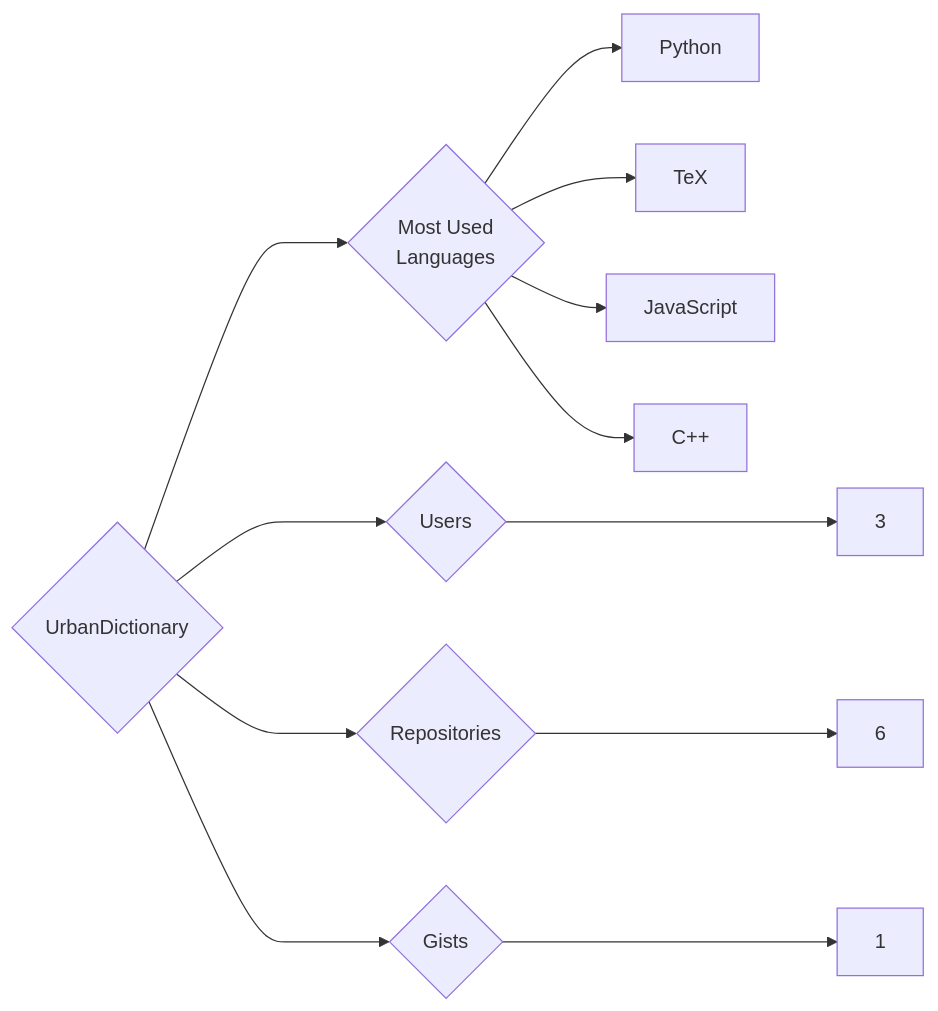
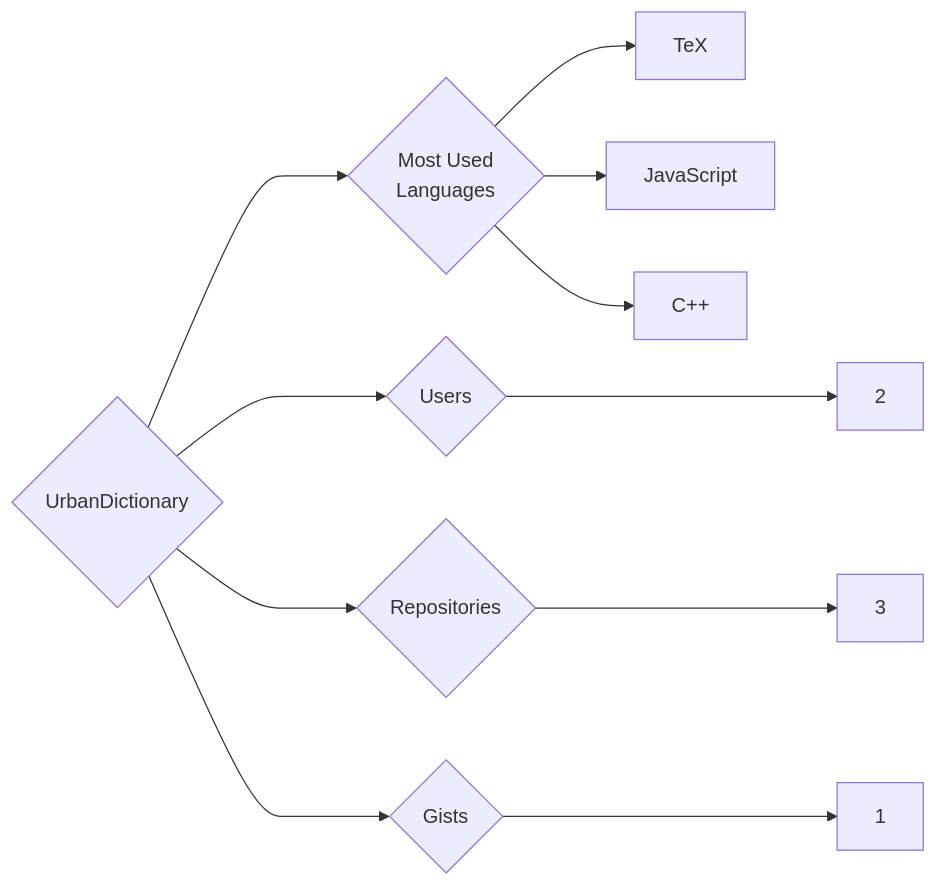
One commit to trickest/insiders changed the diagram in targets/UrbanDictionary/README.md. Above: the diagram before and after it, drawn with Mermaid. The commit also changed 1508 other files, not shown here.

````diff
--- a/targets/UrbanDictionary/README.md
+++ b/targets/UrbanDictionary/README.md
@@ -3,12 +3,11 @@
 ```mermaid
 graph LR
 COMPANY_NAME{UrbanDictionary}
-COMPANY_NAME ---> U{Users} ---> UN[3]
-COMPANY_NAME ---> R{Repositories} ---> RN[6]
+COMPANY_NAME ---> U{Users} ---> UN[2]
+COMPANY_NAME ---> R{Repositories} ---> RN[3]
 COMPANY_NAME ---> G{Gists} ---> GN[1]
 COMPANY_NAME ---> ML{Most Used<br>Languages}
-ML --> Python[Python]
 ML --> TeX[TeX]
 ML --> JavaScript[JavaScript]
 ML --> C++[C++]
 ```
````
